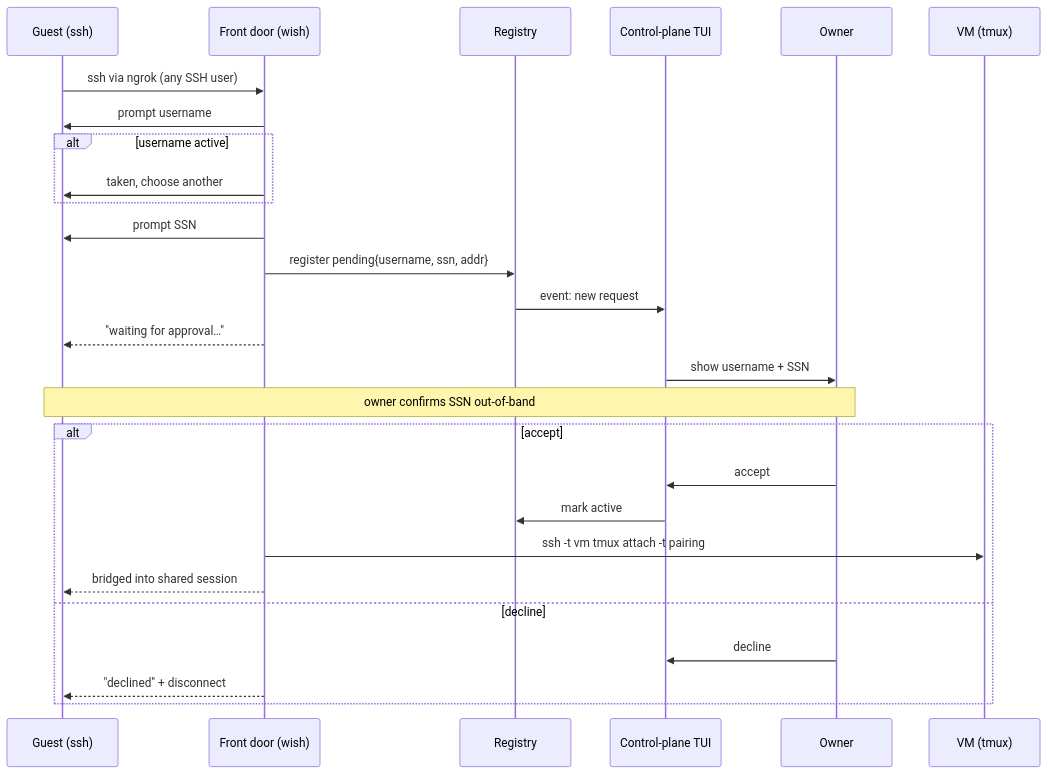
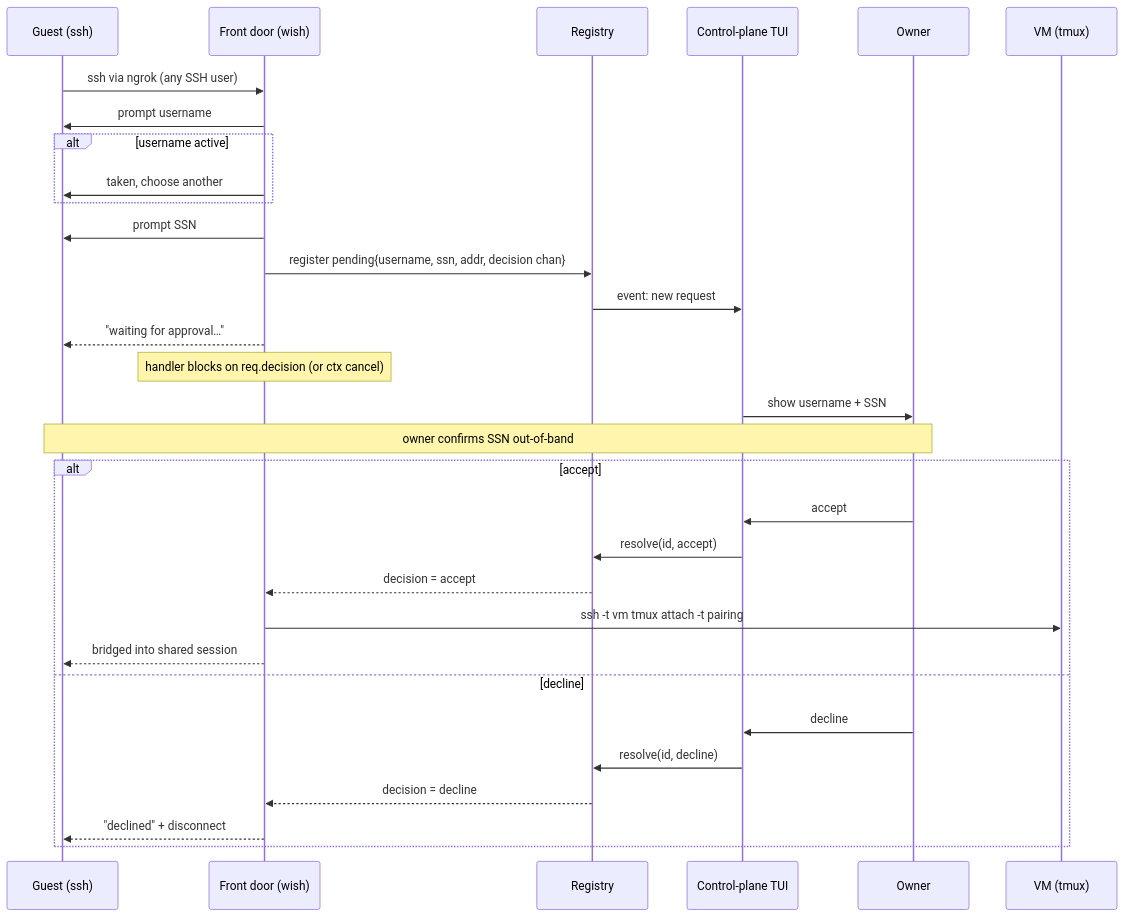
The first of 3 diagrams in docs/DESIGN.md (miccah/social-security), drawn with Mermaid before and after one commit. The commit also changed other lines of this file, not shown here.

````diff
--- a/docs/DESIGN.md
+++ b/docs/DESIGN.md
@@ -106,30 +106,34 @@
 ```mermaid
 sequenceDiagram
     participant G as Guest (ssh)
     participant F as Front door (wish)
     participant R as Registry
     participant T as Control-plane TUI
     participant O as Owner
     participant V as VM (tmux)
 
     G->>F: ssh via ngrok (any SSH user)
     F->>G: prompt username
     alt username active
         F->>G: taken, choose another
     end
     F->>G: prompt SSN
-    F->>R: register pending{username, ssn, addr}
+    F->>R: register pending{username, ssn, addr, decision chan}
     R->>T: event: new request
     F-->>G: "waiting for approval…"
+    Note over F: handler blocks on req.decision (or ctx cancel)
     T->>O: show username + SSN
     Note over O,G: owner confirms SSN out-of-band
     alt accept
         O->>T: accept
-        T->>R: mark active
+        T->>R: resolve(id, accept)
+        R-->>F: decision = accept
         F->>V: ssh -t vm tmux attach -t pairing
         F-->>G: bridged into shared session
     else decline
         O->>T: decline
+        T->>R: resolve(id, decline)
+        R-->>F: decision = decline
         F-->>G: "declined" + disconnect
     end
 ```
````
